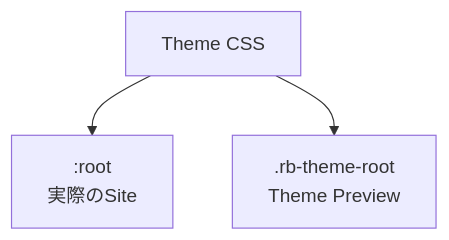
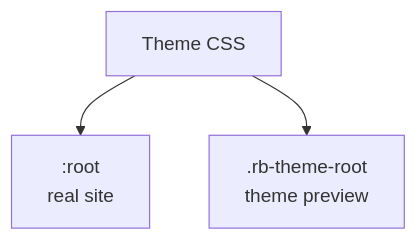
The third of 6 diagrams in docs/docs/themes/writing-a-theme.md (Rerurate514/riebeckite), drawn with Mermaid before and after one commit. The commit also changed other lines of this file and 604 other files, not shown here.

````diff
--- a/docs/docs/themes/writing-a-theme.md
+++ b/docs/docs/themes/writing-a-theme.md
@@ -303,7 +201,7 @@
-```mermaid id="m0r13h"
+```mermaid
 flowchart TD
     CSS["Theme CSS"]
 
-    CSS --> Root[":root<br/>実際のSite"]
-    CSS --> Preview[".rb-theme-root<br/>Theme Preview"]
+    CSS --> Root[":root<br/>real site"]
+    CSS --> Preview[".rb-theme-root<br/>theme preview"]
 ```
````
